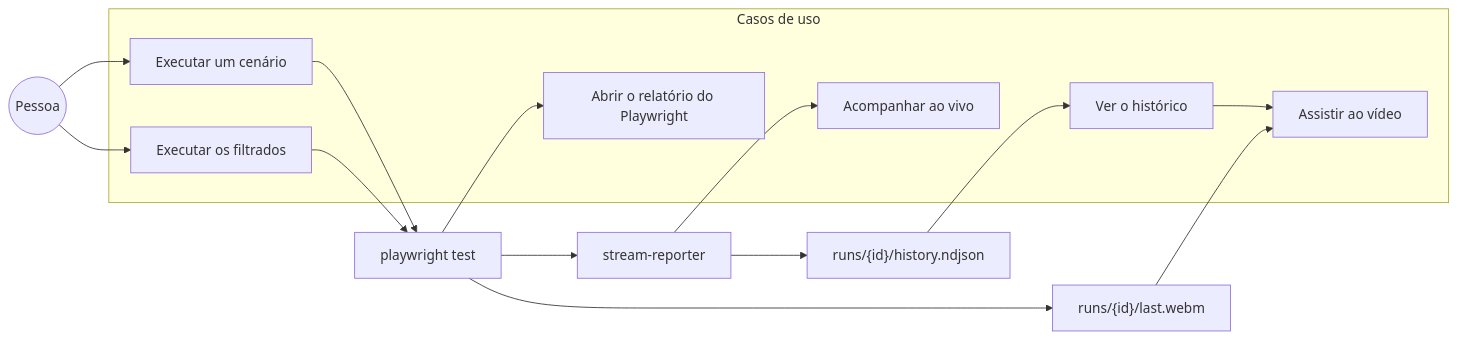
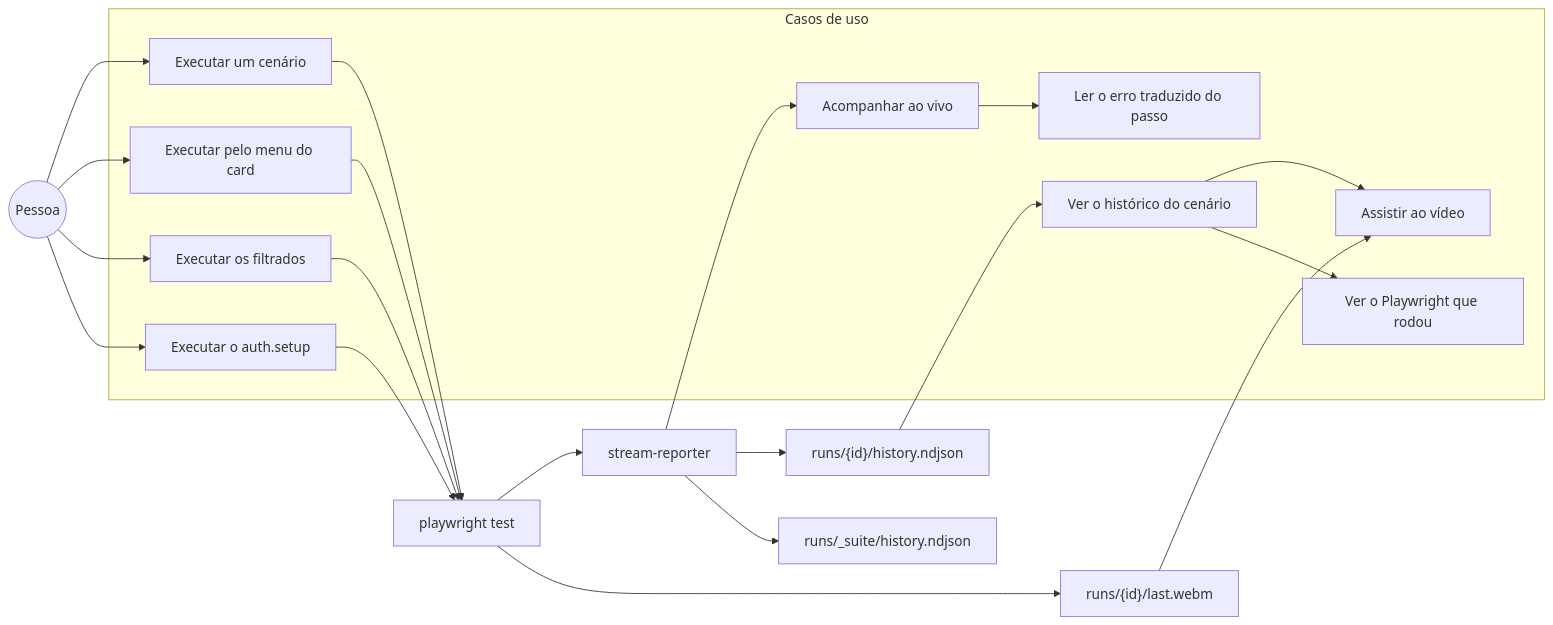
The eighth of 15 diagrams in docs/DIAGRAMS/USE-CASE-DIAGRAMS.md (KauanCalheiro/acutis), drawn with Mermaid before and after one commit. The commit also changed other lines of this file and 7 other files, not shown here.

````diff
--- a/docs/DIAGRAMS/USE-CASE-DIAGRAMS.md
+++ b/docs/DIAGRAMS/USE-CASE-DIAGRAMS.md
@@ -260,26 +360,33 @@
 ```mermaid
 flowchart LR
   P(("Pessoa"))
 
   subgraph Casos de uso
     R["Executar um cenário"]
+    RM["Executar pelo menu do card"]
     RF["Executar os filtrados"]
+    RA["Executar o auth.setup"]
     ST["Acompanhar ao vivo"]
-    H["Ver o histórico"]
+    FA["Ler o erro traduzido do passo"]
+    H["Ver o histórico do cenário"]
     VD["Assistir ao vídeo"]
-    RP["Abrir o relatório do Playwright"]
+    PWS["Ver o Playwright que rodou"]
   end
 
   PW["playwright test"]
   REP["stream-reporter"]
   HIST["runs/{id}/history.ndjson"]
+  SUITE["runs/_suite/history.ndjson"]
   WEBM["runs/{id}/last.webm"]
 
   P --> R --> PW
+  P --> RM --> PW
   P --> RF --> PW
-  PW --> REP --> ST
+  P --> RA --> PW
+  PW --> REP --> ST --> FA
   REP --> HIST --> H
+  REP --> SUITE
   PW --> WEBM --> VD
-  PW --> RP
   H --> VD
+  H --> PWS
 ```
````
